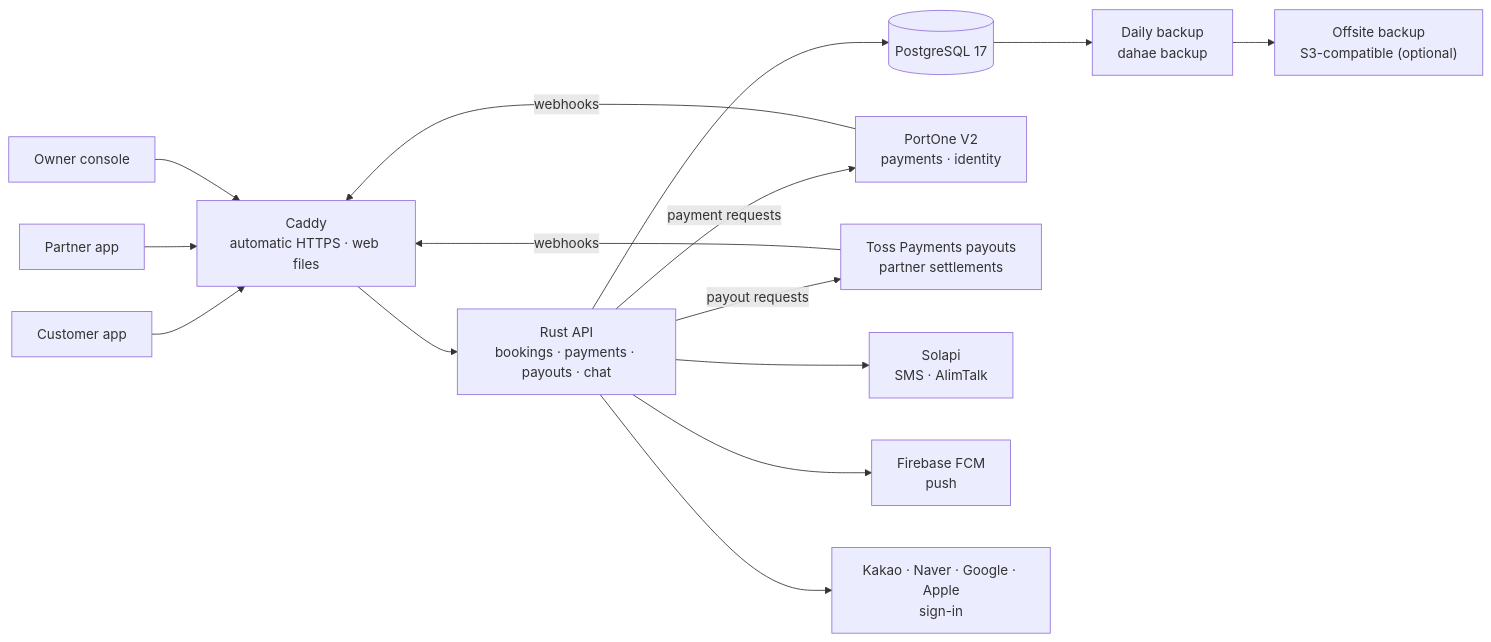
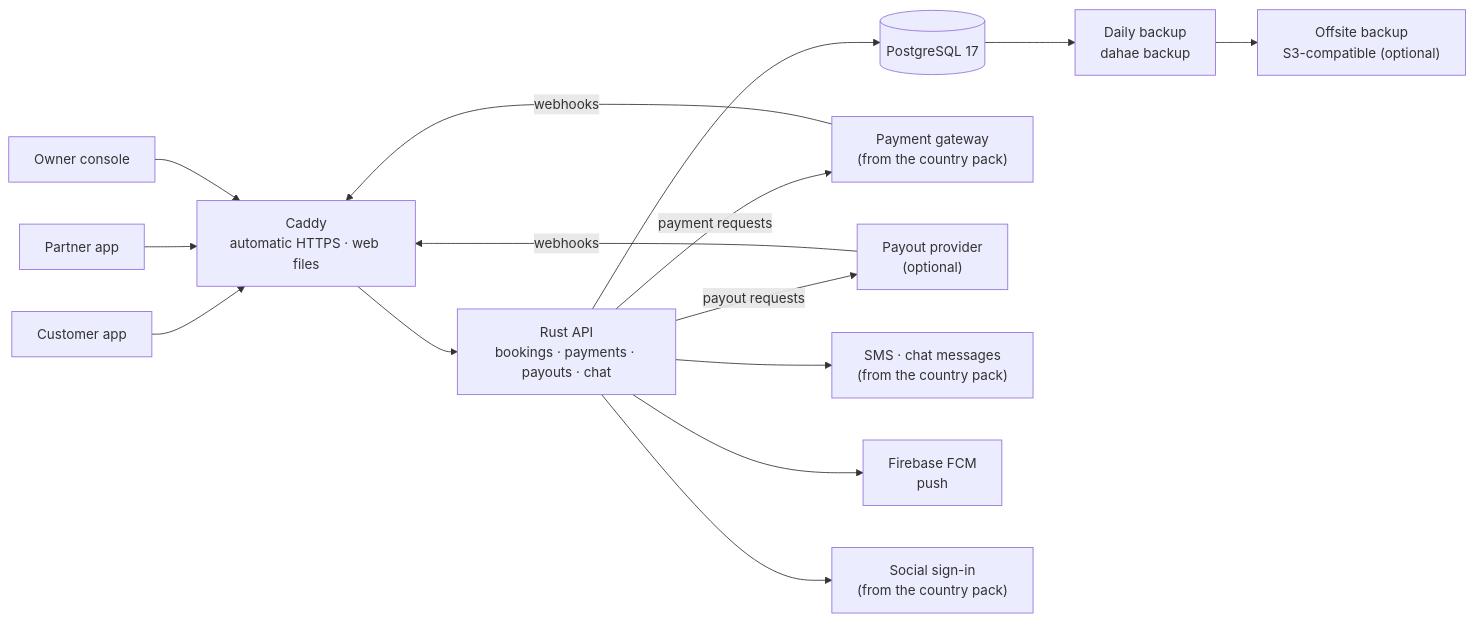
One commit to EricWijesinghe/Dahae changed the diagram in README.md. Above: the diagram before and after it, drawn with Mermaid. The commit also changed other lines of this file and 44 other files, not shown here.

````diff
--- a/README.md
+++ b/README.md
@@ -357,31 +120,31 @@
 ```mermaid
 flowchart LR
   C["Customer app"]
   P["Partner app"]
   O["Owner console"]
   CADDY["Caddy<br/>automatic HTTPS · web files"]
   API["Rust API<br/>bookings · payments · payouts · chat"]
   DB[("PostgreSQL 17")]
-  PO["PortOne V2<br/>payments · identity"]
-  TOSS["Toss Payments payouts<br/>partner settlements"]
-  SOL["Solapi<br/>SMS · AlimTalk"]
+  PAY["Payment gateway<br/>(from the country pack)"]
+  PAYOUT["Payout provider<br/>(optional)"]
+  MSG["SMS · chat messages<br/>(from the country pack)"]
   FCM["Firebase FCM<br/>push"]
-  SOC["Kakao · Naver · Google · Apple<br/>sign-in"]
+  SOC["Social sign-in<br/>(from the country pack)"]
   BK["Daily backup<br/>dahae backup"]
   S3["Offsite backup<br/>S3-compatible (optional)"]
 
   C --> CADDY
   P --> CADDY
   O --> CADDY
   CADDY --> API
   API --> DB
-  API -- payment requests --> PO
-  API -- payout requests --> TOSS
-  API --> SOL
+  API -- payment requests --> PAY
+  API -- payout requests --> PAYOUT
+  API --> MSG
   API --> FCM
   API --> SOC
-  PO -- webhooks --> CADDY
-  TOSS -- webhooks --> CADDY
+  PAY -- webhooks --> CADDY
+  PAYOUT -- webhooks --> CADDY
   DB --> BK
   BK --> S3
 ```
````
